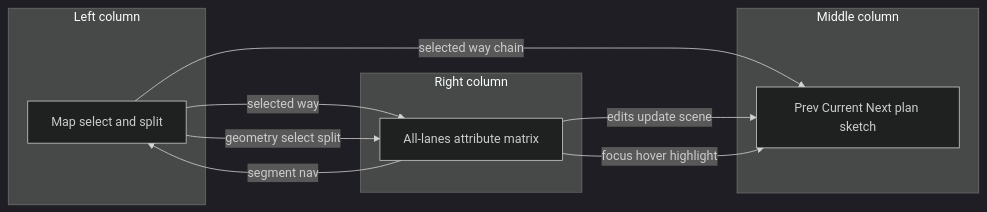
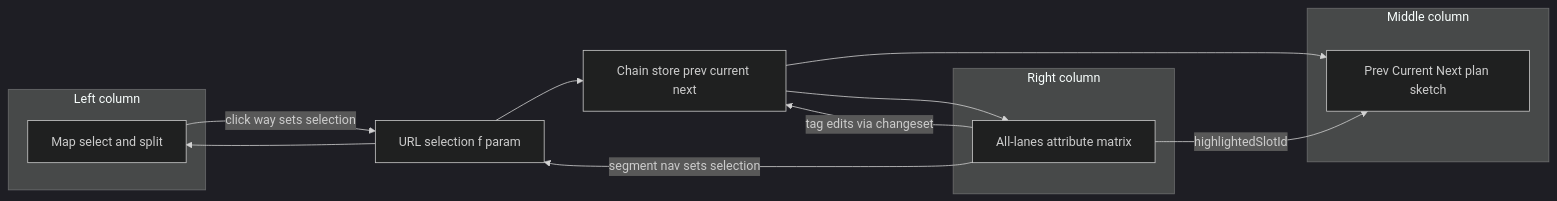
The first of 3 diagrams in .cursor/plans/lanes_3-column_explore_23b926cc.plan.md (tordans/parking-lanes), drawn with Mermaid (dark theme) before and after one commit. The commit also changed other lines of this file, not shown here.

````diff
--- a/.cursor/plans/lanes_3-column_explore_23b926cc.plan.md
+++ b/.cursor/plans/lanes_3-column_explore_23b926cc.plan.md
@@ -68,18 +79,20 @@
 ```mermaid
 flowchart LR
   subgraph left [Left column]
     Map[Map select and split]
   end
   subgraph mid [Middle column]
     Diagram[Prev Current Next plan sketch]
   end
   subgraph right [Right column]
     Form[All-lanes attribute matrix]
   end
-  Map -->|selected way chain| Diagram
-  Map -->|selected way| Form
-  Form -->|edits update scene| Diagram
-  Form -->|focus hover highlight| Diagram
-  Form -->|segment nav| Map
-  Map -->|geometry select split| Form
+  Url[URL selection f param] --> Map
+  Url --> Chain[Chain store prev current next]
+  Chain --> Diagram
+  Chain --> Form
+  Map -->|click way sets selection| Url
+  Form -->|segment nav sets selection| Url
+  Form -->|tag edits via changeset| Chain
+  Form -->|highlightedSlotId| Diagram
 ```
````
